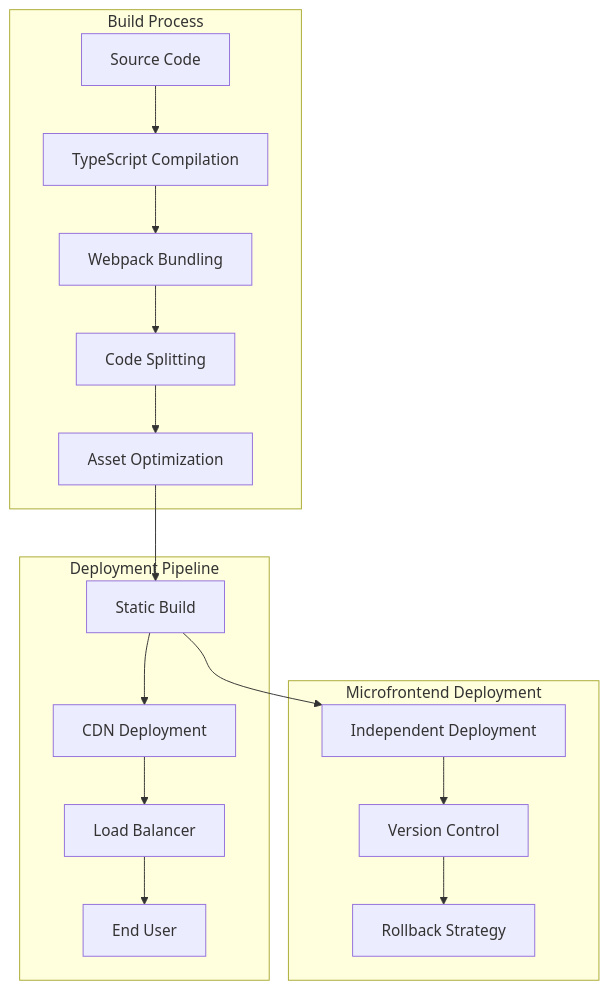
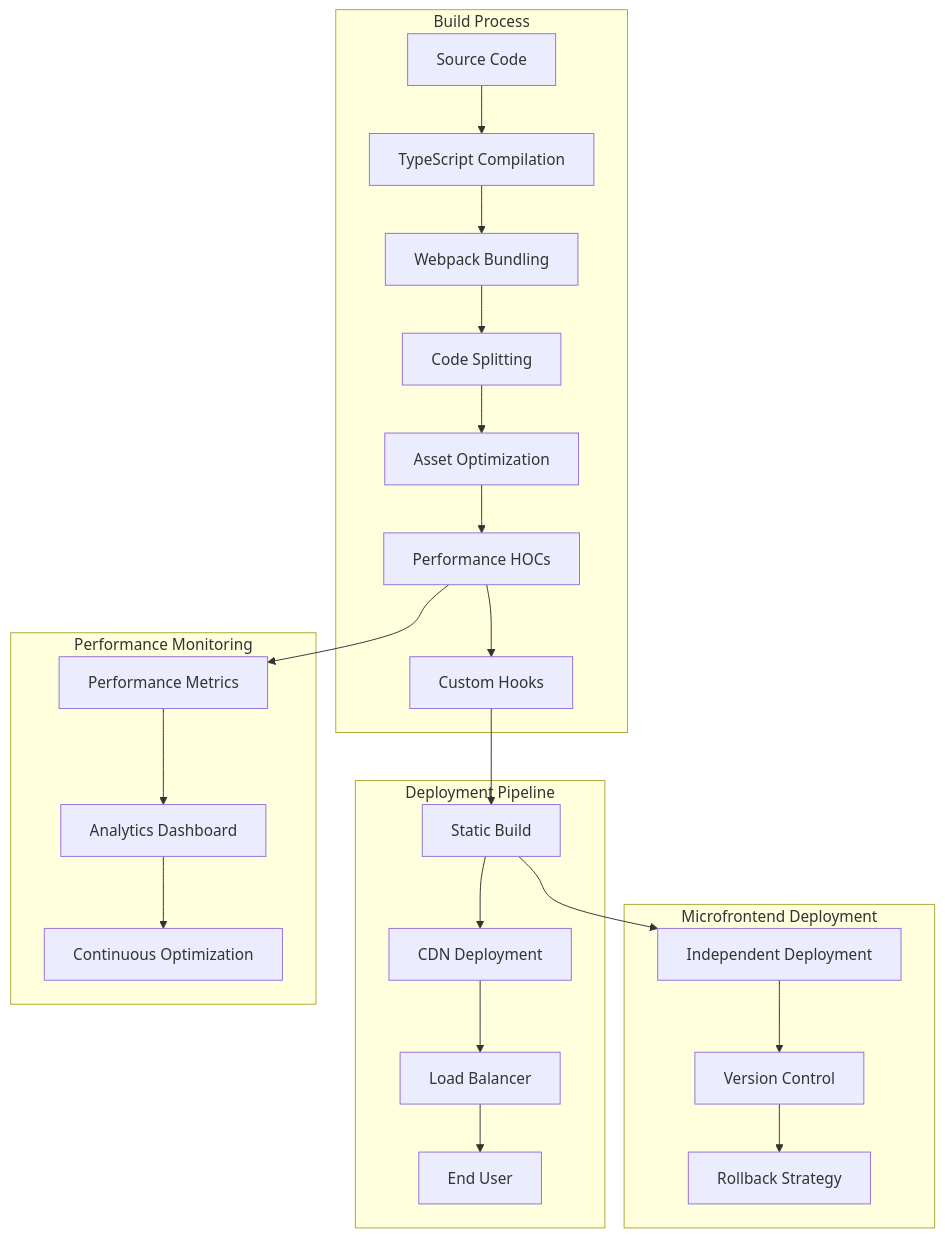
One commit to parnamail/abc-racing changed diagram 11 of 11 in ARCHITECTURE_DIAGRAM.md. Above: the diagram before and after it, drawn with Mermaid. The commit also changed other lines of this file, not shown here.

Commit message:
Architecture diagram updated

````diff
--- a/ARCHITECTURE_DIAGRAM.md
+++ b/ARCHITECTURE_DIAGRAM.md
@@ -372,23 +527,31 @@
 ```mermaid
 graph TB
     subgraph "Build Process"
         Source[Source Code]
         Source --> TypeScript[TypeScript Compilation]
         TypeScript --> Webpack[Webpack Bundling]
         Webpack --> CodeSplitting[Code Splitting]
         CodeSplitting --> AssetOptimization[Asset Optimization]
+        AssetOptimization --> PerformanceHOCs[Performance HOCs]
+        PerformanceHOCs --> CustomHooks[Custom Hooks]
     end
 
     subgraph "Deployment Pipeline"
-        AssetOptimization --> StaticBuild[Static Build]
+        CustomHooks --> StaticBuild[Static Build]
         StaticBuild --> CDN[CDN Deployment]
         CDN --> LoadBalancer[Load Balancer]
         LoadBalancer --> User[End User]
     end
 
     subgraph "Microfrontend Deployment"
         StaticBuild --> IndependentDeploy[Independent Deployment]
         IndependentDeploy --> VersionControl[Version Control]
         VersionControl --> Rollback[Rollback Strategy]
     end
+
+    subgraph "Performance Monitoring"
+        PerformanceHOCs --> PerformanceMetrics[Performance Metrics]
+        PerformanceMetrics --> Analytics[Analytics Dashboard]
+        Analytics --> Optimization[Continuous Optimization]
+    end
 ```
````
